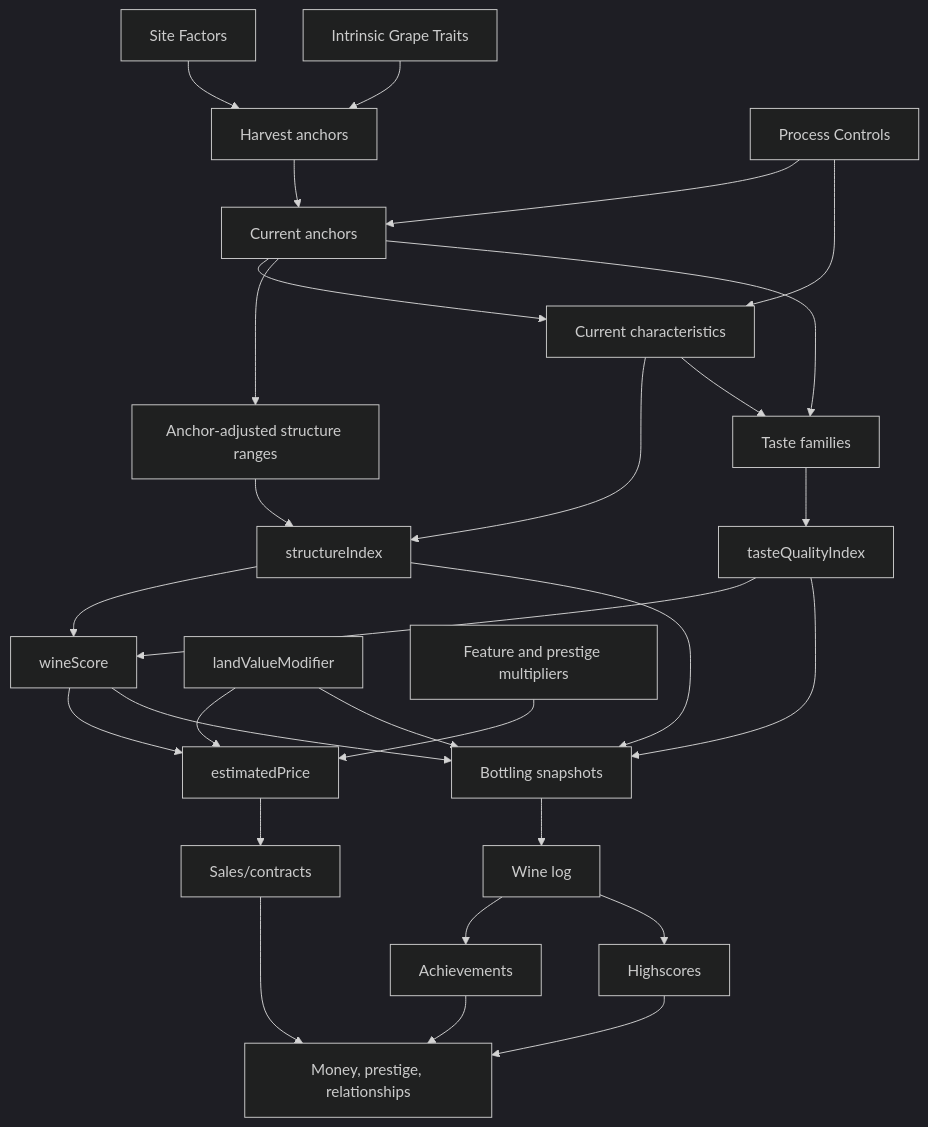
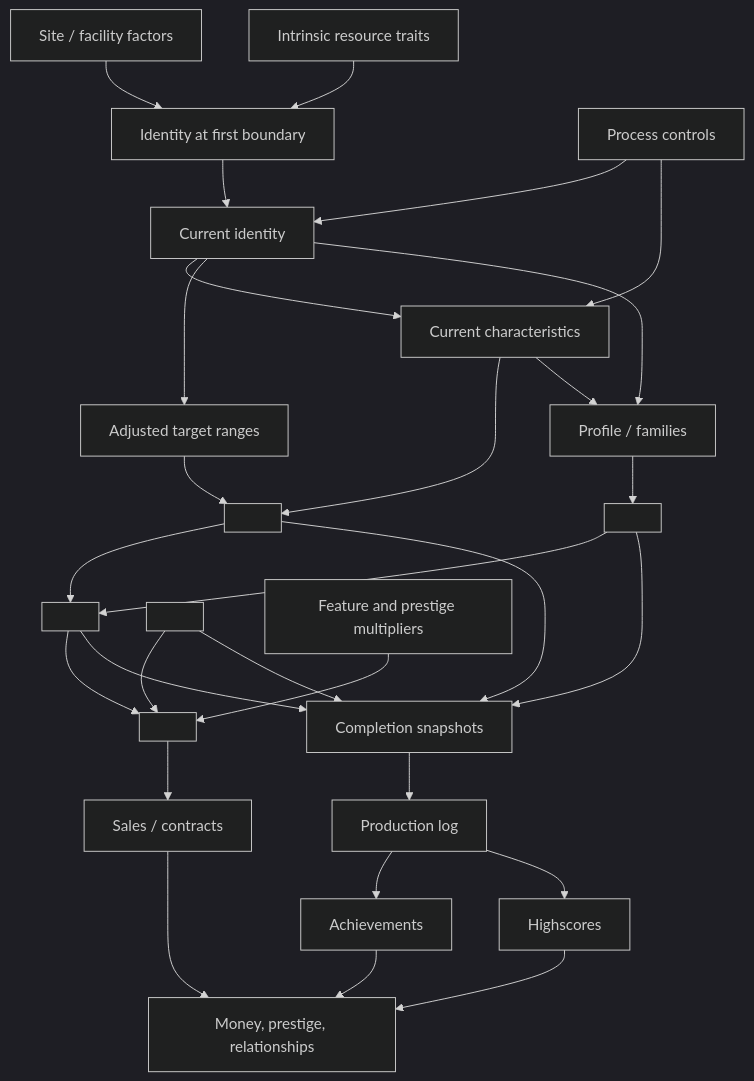
The tenth of 10 diagrams in docs/VariableRelationshipMap.md (gram12321/protoproduction), drawn with Mermaid (dark theme) before and after one commit. The commit also changed other lines of this file and 15 other files, not shown here.

````diff
--- a/docs/VariableRelationshipMap.md
+++ b/docs/VariableRelationshipMap.md
@@ -325,35 +323,35 @@
 ```mermaid
 flowchart TD
-  SF["Site Factors"] --> HA["Harvest anchors"]
-  IGT["Intrinsic Grape Traits"] --> HA
-  PC["Process Controls"] --> CA["Current anchors"]
-  HA --> CA
+  SF["Site / facility factors"] --> ID["Identity at first boundary"]
+  IRT["Intrinsic resource traits"] --> ID
+  PC["Process controls"] --> CA["Current identity"]
+  ID --> CA
   PC --> CH["Current characteristics"]
   CA --> CH
 
-  CA --> AR["Anchor-adjusted structure ranges"]
-  CH --> SI["structureIndex"]
-  AR --> SI
+  CA --> AR["Adjusted target ranges"]
+  CH --> QI_A["<qualityIndexA>"]
+  AR --> QI_A
 
-  CA --> TF["Taste families"]
-  CH --> TF
-  TF --> TQI["tasteQualityIndex"]
+  CA --> PF["Profile / families"]
+  CH --> PF
+  PF --> QI_B["<qualityIndexB>"]
 
-  SI --> WS["wineScore"]
-  TQI --> WS
-  LVM["landValueModifier"] --> PRICE["estimatedPrice"]
-  WS --> PRICE
+  QI_A --> SC["<aggregateScore>"]
+  QI_B --> SC
+  SMOD["<siteModifier>"] --> PRICE["<estimatedPrice>"]
+  SC --> PRICE
   FE["Feature and prestige multipliers"] --> PRICE
 
-  WS --> SNAP["Bottling snapshots"]
-  SI --> SNAP
-  TQI --> SNAP
-  LVM --> SNAP
-  SNAP --> WL["Wine log"]
-  WL --> ACH["Achievements"]
-  WL --> HS["Highscores"]
-  PRICE --> SALES["Sales/contracts"]
+  SC --> SNAP["Completion snapshots"]
+  QI_A --> SNAP
+  QI_B --> SNAP
+  SMOD --> SNAP
+  SNAP --> LOG["Production log"]
+  LOG --> ACH["Achievements"]
+  LOG --> HS["Highscores"]
+  PRICE --> SALES["Sales / contracts"]
   SALES --> ECO["Money, prestige, relationships"]
   ACH --> ECO
   HS --> ECO
 ```
````
